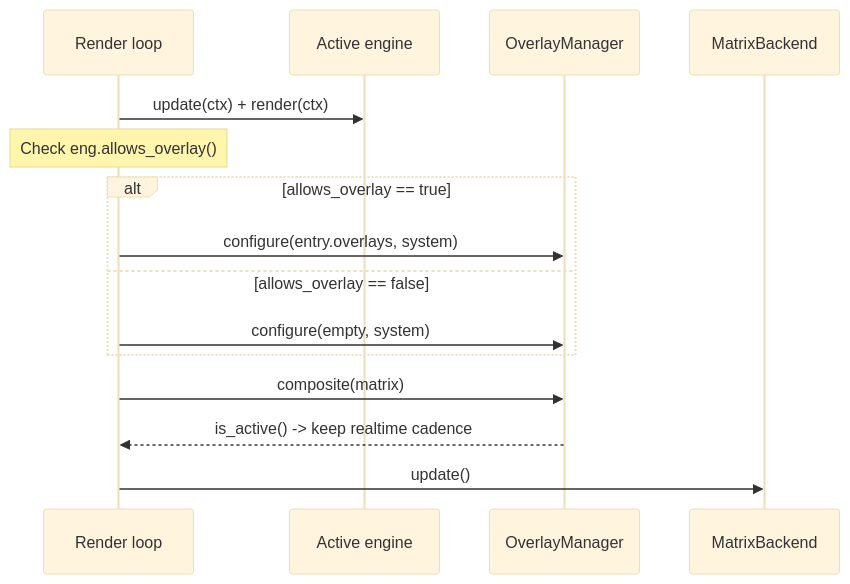
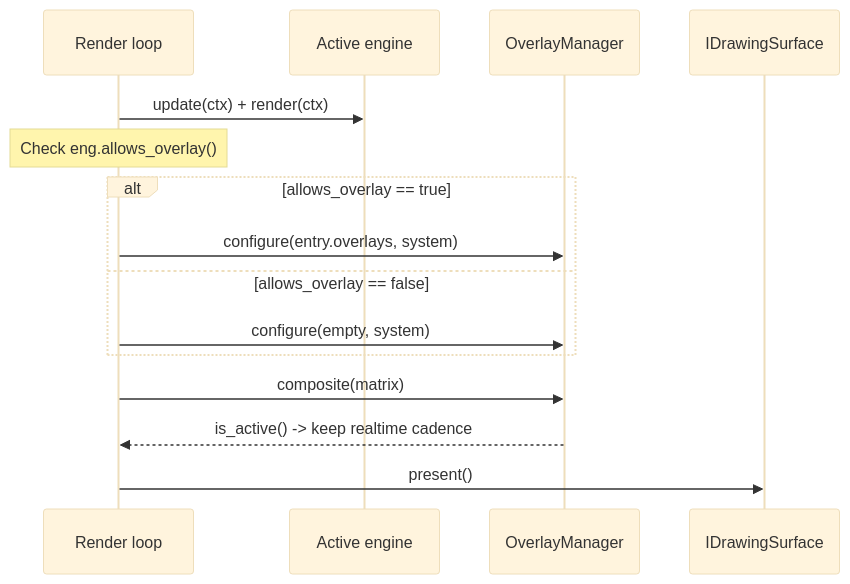
Diagram 13 of 14 in docs/ARCHITECTURE.md (red77290/ArcadeMatrix_RPI), drawn with Mermaid (base theme) before and after one commit. The commit also changed other lines of this file and 114 other files, not shown here.

````diff
--- a/docs/ARCHITECTURE.md
+++ b/docs/ARCHITECTURE.md
@@ -566,18 +566,18 @@
 ```mermaid
 sequenceDiagram
     participant RLoop as Render loop
     participant Eng as Active engine
     participant OM as OverlayManager
-    participant MX as MatrixBackend
+    participant MX as IDrawingSurface
 
     RLoop->>Eng: update(ctx) + render(ctx)
     Note over RLoop: Check eng.allows_overlay()
     alt allows_overlay == true
         RLoop->>OM: configure(entry.overlays, system)
     else allows_overlay == false
         RLoop->>OM: configure(empty, system)
     end
     RLoop->>OM: composite(matrix)
     OM-->>RLoop: is_active() -> keep realtime cadence
-    RLoop->>MX: update()
+    RLoop->>MX: present()
 ```
````
